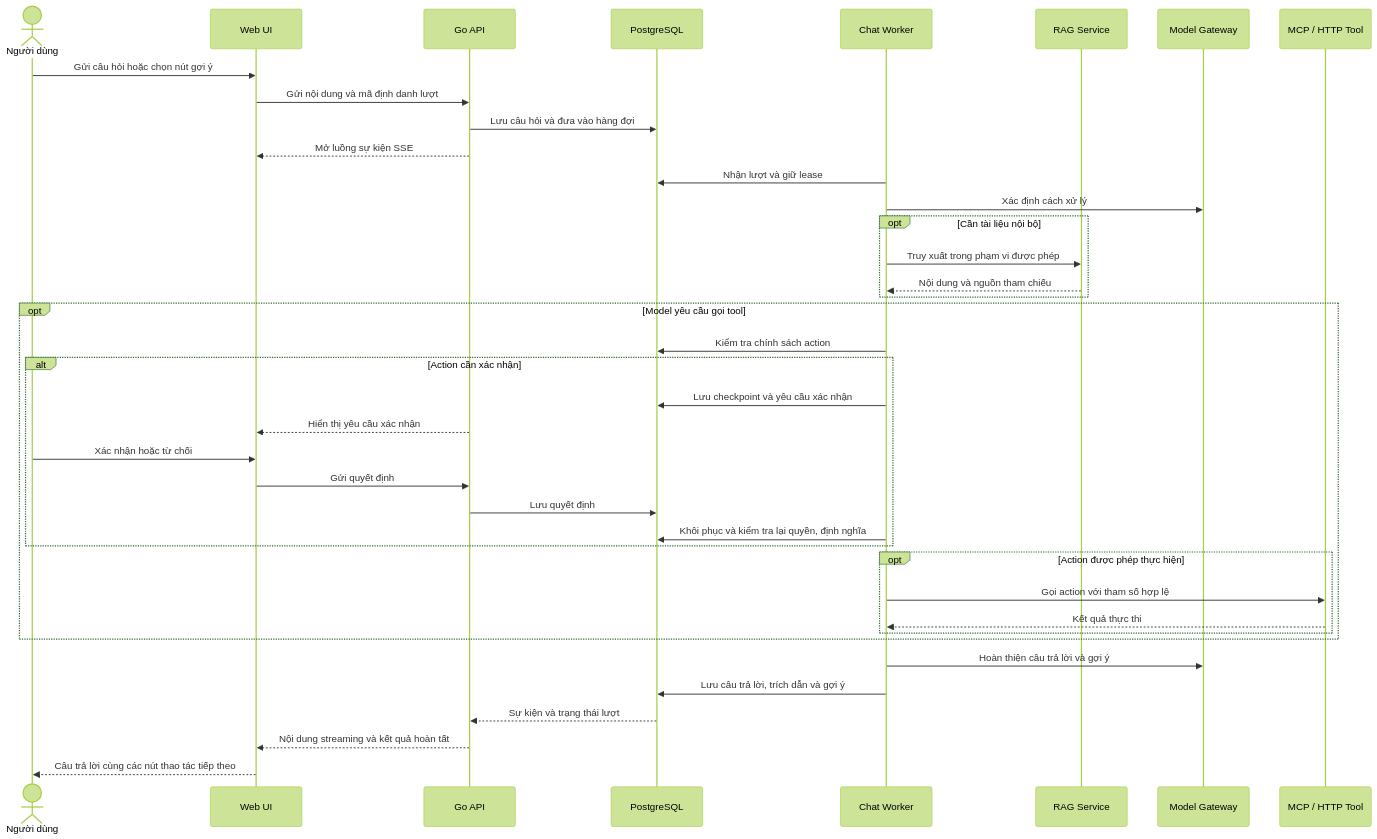
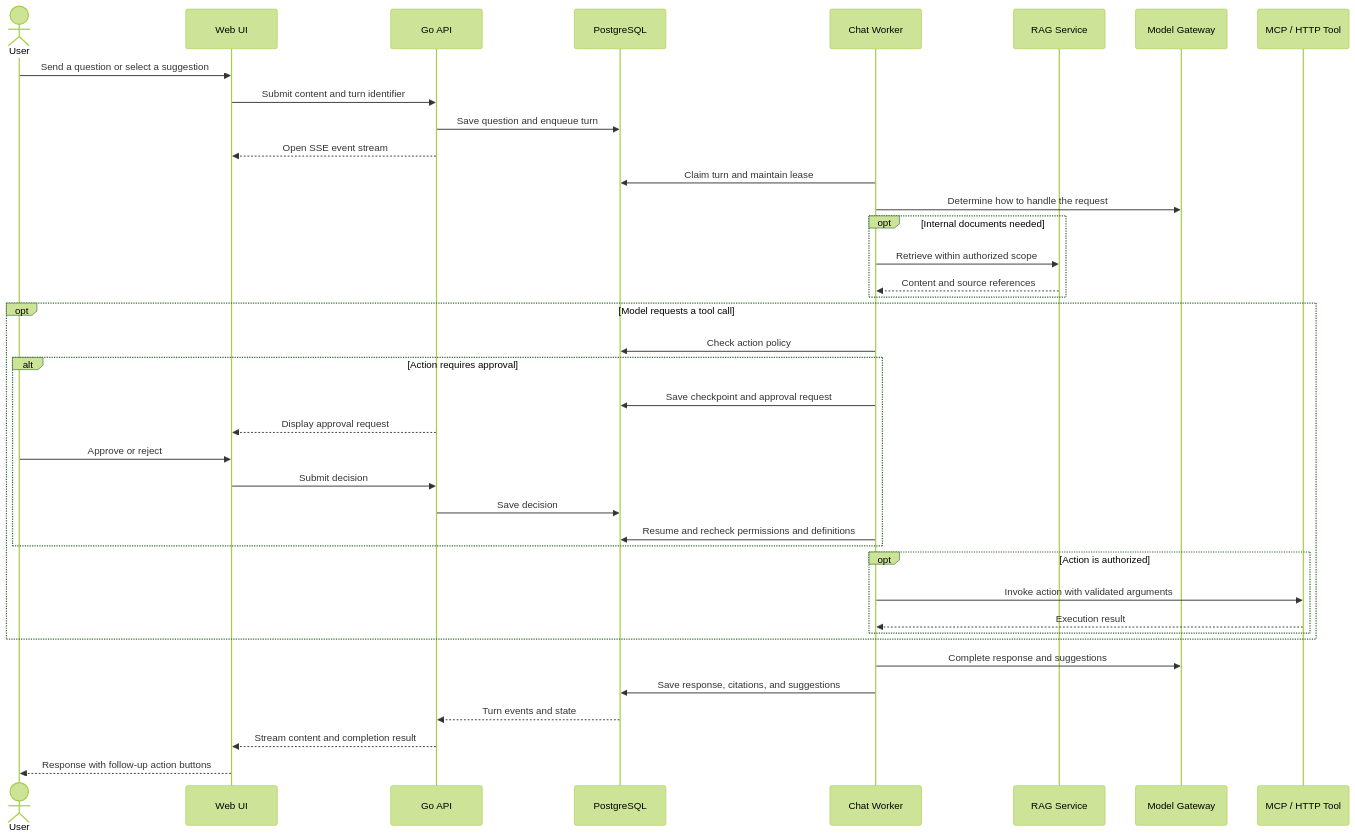
Before and after one commit to hoangtu0812/Cosmo: the second of 2 diagrams in README.md, drawn with Mermaid (forest theme). The commit also changed other lines of this file and 1 other file, not shown here.

````diff
--- a/README.md
+++ b/README.md
@@ -98,42 +100,42 @@
 ```mermaid
 sequenceDiagram
-    actor User as Người dùng
+    actor User as User
     participant Web as Web UI
     participant API as Go API
     participant DB as PostgreSQL
     participant Worker as Chat Worker
     participant RAG as RAG Service
     participant LLM as Model Gateway
     participant Tool as MCP / HTTP Tool
 
-    User->>Web: Gửi câu hỏi hoặc chọn nút gợi ý
-    Web->>API: Gửi nội dung và mã định danh lượt
-    API->>DB: Lưu câu hỏi và đưa vào hàng đợi
-    API-->>Web: Mở luồng sự kiện SSE
-    Worker->>DB: Nhận lượt và giữ lease
-    Worker->>LLM: Xác định cách xử lý
-    opt Cần tài liệu nội bộ
-        Worker->>RAG: Truy xuất trong phạm vi được phép
-        RAG-->>Worker: Nội dung và nguồn tham chiếu
+    User->>Web: Send a question or select a suggestion
+    Web->>API: Submit content and turn identifier
+    API->>DB: Save question and enqueue turn
+    API-->>Web: Open SSE event stream
+    Worker->>DB: Claim turn and maintain lease
+    Worker->>LLM: Determine how to handle the request
+    opt Internal documents needed
+        Worker->>RAG: Retrieve within authorized scope
+        RAG-->>Worker: Content and source references
     end
-    opt Model yêu cầu gọi tool
-        Worker->>DB: Kiểm tra chính sách action
-        alt Action cần xác nhận
-            Worker->>DB: Lưu checkpoint và yêu cầu xác nhận
-            API-->>Web: Hiển thị yêu cầu xác nhận
-            User->>Web: Xác nhận hoặc từ chối
-            Web->>API: Gửi quyết định
-            API->>DB: Lưu quyết định
-            Worker->>DB: Khôi phục và kiểm tra lại quyền, định nghĩa
+    opt Model requests a tool call
+        Worker->>DB: Check action policy
+        alt Action requires approval
+            Worker->>DB: Save checkpoint and approval request
+            API-->>Web: Display approval request
+            User->>Web: Approve or reject
+            Web->>API: Submit decision
+            API->>DB: Save decision
+            Worker->>DB: Resume and recheck permissions and definitions
         end
-        opt Action được phép thực hiện
-            Worker->>Tool: Gọi action với tham số hợp lệ
-            Tool-->>Worker: Kết quả thực thi
+        opt Action is authorized
+            Worker->>Tool: Invoke action with validated arguments
+            Tool-->>Worker: Execution result
         end
     end
-    Worker->>LLM: Hoàn thiện câu trả lời và gợi ý
-    Worker->>DB: Lưu câu trả lời, trích dẫn và gợi ý
-    DB-->>API: Sự kiện và trạng thái lượt
-    API-->>Web: Nội dung streaming và kết quả hoàn tất
-    Web-->>User: Câu trả lời cùng các nút thao tác tiếp theo
+    Worker->>LLM: Complete response and suggestions
+    Worker->>DB: Save response, citations, and suggestions
+    DB-->>API: Turn events and state
+    API-->>Web: Stream content and completion result
+    Web-->>User: Response with follow-up action buttons
 ```
````
